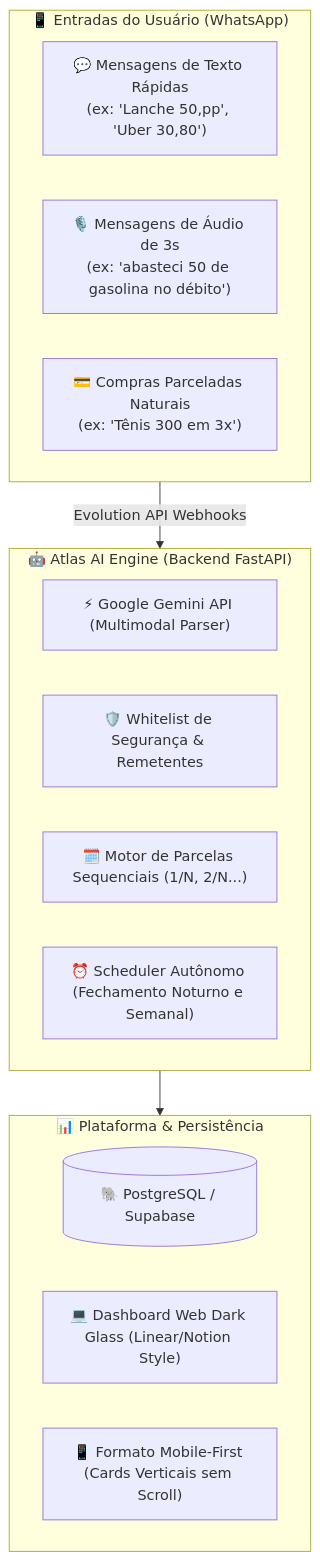
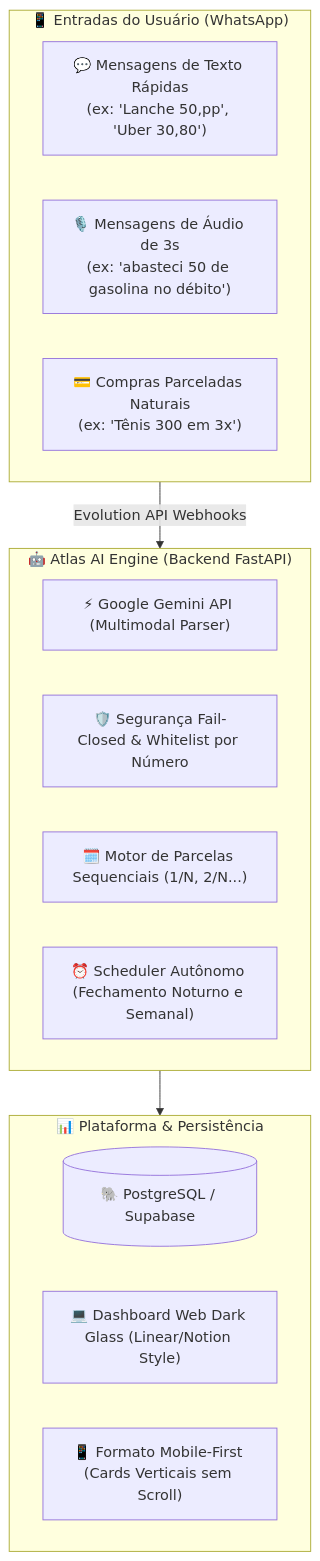
Before and after one commit to GodoyDevv/financas: the first of 2 diagrams in README.md, drawn with Mermaid. The commit also changed other lines of this file, not shown here.

Commit message:
docs: accurately update security architecture and remove unverified audit badge

````diff
--- a/README.md
+++ b/README.md
@@ -18,24 +16,24 @@
 ```mermaid
 flowchart TD
     subgraph Entrada["📱 Entradas do Usuário (WhatsApp)"]
         e1["💬 Mensagens de Texto Rápidas<br/>(ex: 'Lanche 50,pp', 'Uber 30,80')"]
         e2["🎙️ Mensagens de Áudio de 3s<br/>(ex: 'abasteci 50 de gasolina no débito')"]
         e3["💳 Compras Parceladas Naturais<br/>(ex: 'Tênis 300 em 3x')"]
     end
 
     subgraph AtlasEngine["🤖 Atlas AI Engine (Backend FastAPI)"]
         a1["⚡ Google Gemini API (Multimodal Parser)"]
-        a2["🛡️ Whitelist de Segurança & Remetentes"]
+        a2["🛡️ Segurança Fail-Closed & Whitelist por Número"]
         a3["🗓️ Motor de Parcelas Sequenciais (1/N, 2/N...)"]
         a4["⏰ Scheduler Autônomo (Fechamento Noturno e Semanal)"]
     end
 
     subgraph Plataforma["📊 Plataforma & Persistência"]
         p1[("🐘 PostgreSQL / Supabase")]
         p2["💻 Dashboard Web Dark Glass (Linear/Notion Style)"]
         p3["📱 Formato Mobile-First (Cards Verticais sem Scroll)"]
     end
 
     Entrada -->|"Evolution API Webhooks"| AtlasEngine
     AtlasEngine --> Plataforma
 ```
````
